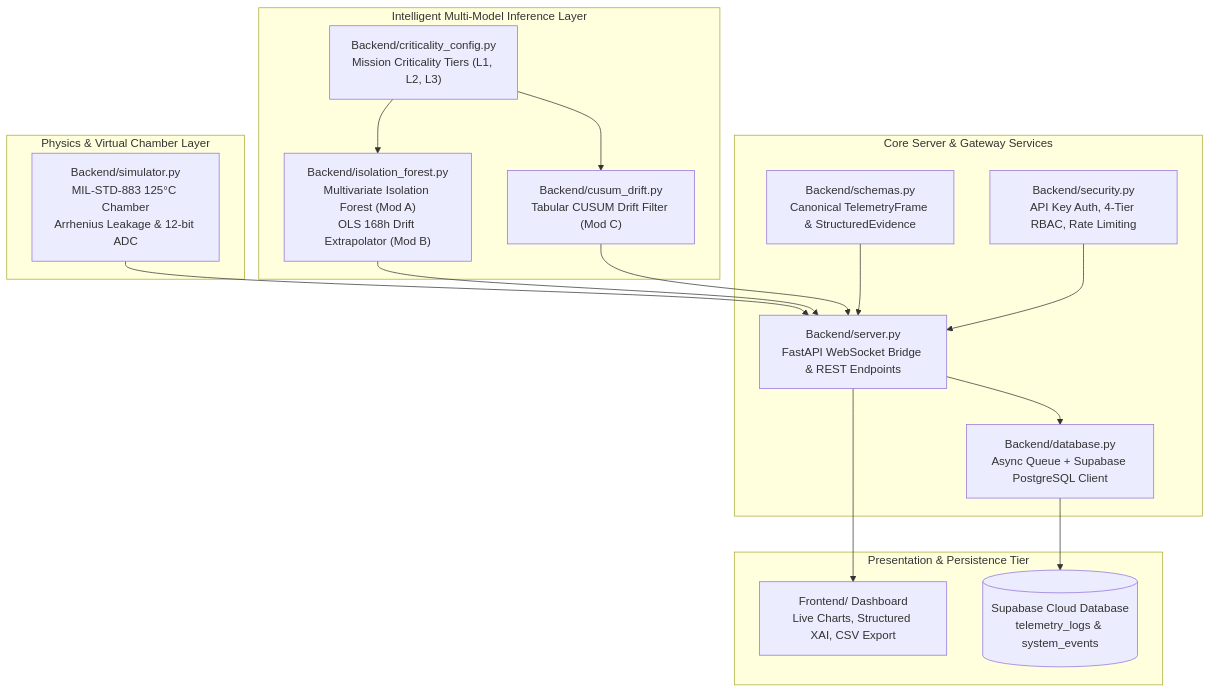
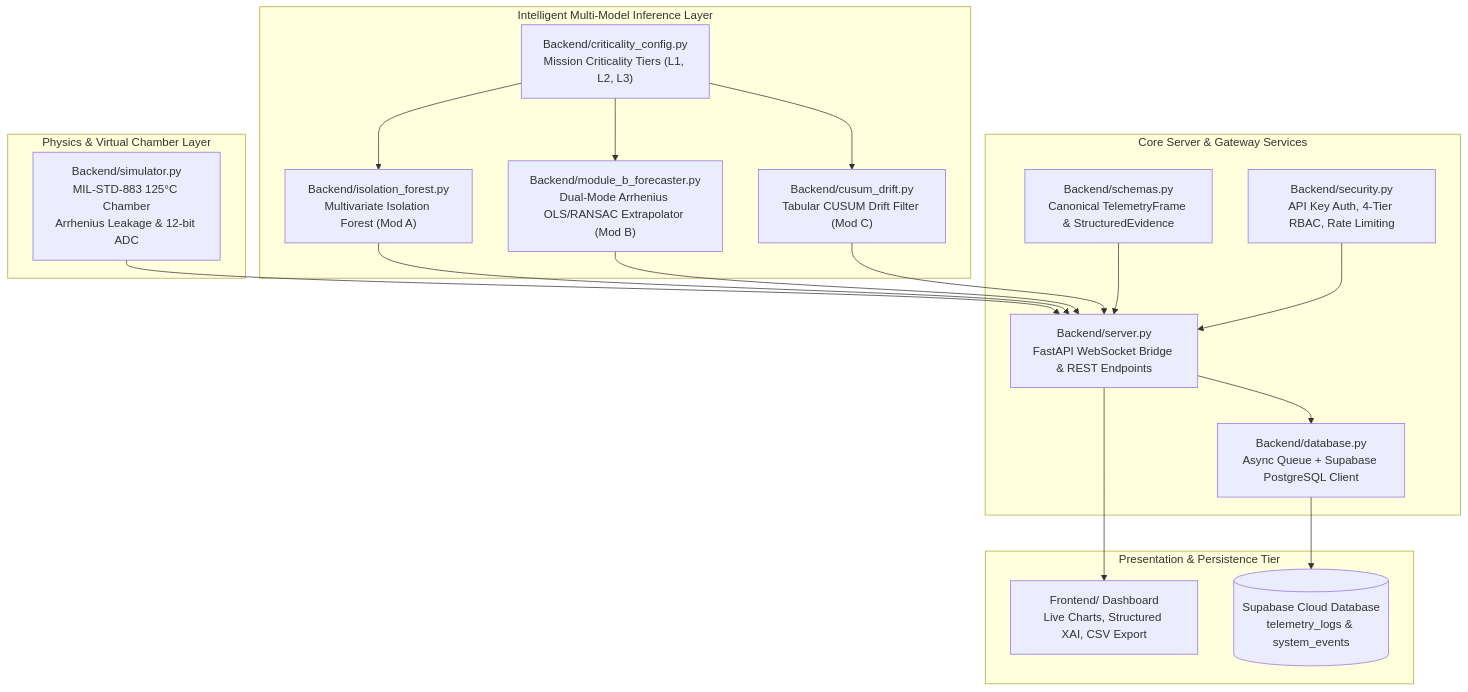
One commit to Devvrat-Kandpal/SIH-Team-Horizon-Unbound changed the diagram in My_Compilation/docs/TECHNICAL_MANUAL.md. Above: the diagram before and after it, drawn with Mermaid. The commit also changed other lines of this file and 9 other files, not shown here.

````diff
--- a/My_Compilation/docs/TECHNICAL_MANUAL.md
+++ b/My_Compilation/docs/TECHNICAL_MANUAL.md
@@ -14,35 +14,38 @@
 ```mermaid
 graph TD
     subgraph "Physics & Virtual Chamber Layer"
         PHY["Backend/simulator.py<br/>MIL-STD-883 125°C Chamber<br/>Arrhenius Leakage & 12-bit ADC"]
     end
 
     subgraph "Intelligent Multi-Model Inference Layer"
-        IF["Backend/isolation_forest.py<br/>Multivariate Isolation Forest (Mod A)<br/>OLS 168h Drift Extrapolator (Mod B)"]
+        IF["Backend/isolation_forest.py<br/>Multivariate Isolation Forest (Mod A)"]
+        MB["Backend/module_b_forecaster.py<br/>Dual-Mode Arrhenius OLS/RANSAC Extrapolator (Mod B)"]
         CU["Backend/cusum_drift.py<br/>Tabular CUSUM Drift Filter (Mod C)"]
         CRIT["Backend/criticality_config.py<br/>Mission Criticality Tiers (L1, L2, L3)"]
     end
 
     subgraph "Core Server & Gateway Services"
         SCH["Backend/schemas.py<br/>Canonical TelemetryFrame & StructuredEvidence"]
         SEC["Backend/security.py<br/>API Key Auth, 4-Tier RBAC, Rate Limiting"]
         SRV["Backend/server.py<br/>FastAPI WebSocket Bridge & REST Endpoints"]
         DB["Backend/database.py<br/>Async Queue + Supabase PostgreSQL Client"]
     end
 
     subgraph "Presentation & Persistence Tier"
         FE["Frontend/ Dashboard<br/>Live Charts, Structured XAI, CSV Export"]
         SUPA[("Supabase Cloud Database<br/>telemetry_logs & system_events")]
     end
 
     PHY --> SRV
     IF --> SRV
+    MB --> SRV
     CU --> SRV
     CRIT --> IF
+    CRIT --> MB
     CRIT --> CU
     SCH --> SRV
     SEC --> SRV
     SRV --> FE
     SRV --> DB
     DB --> SUPA
 ```
````
